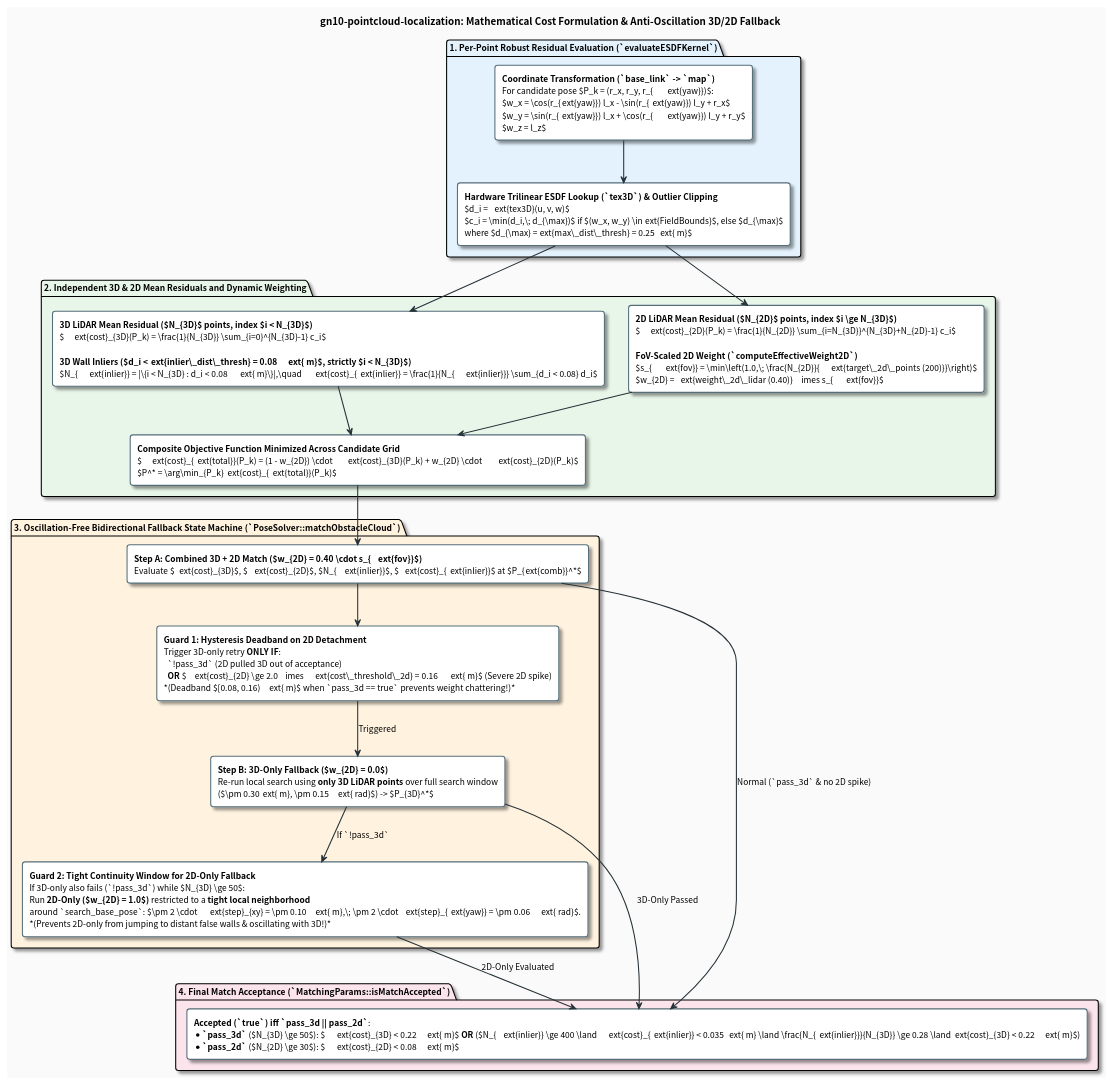
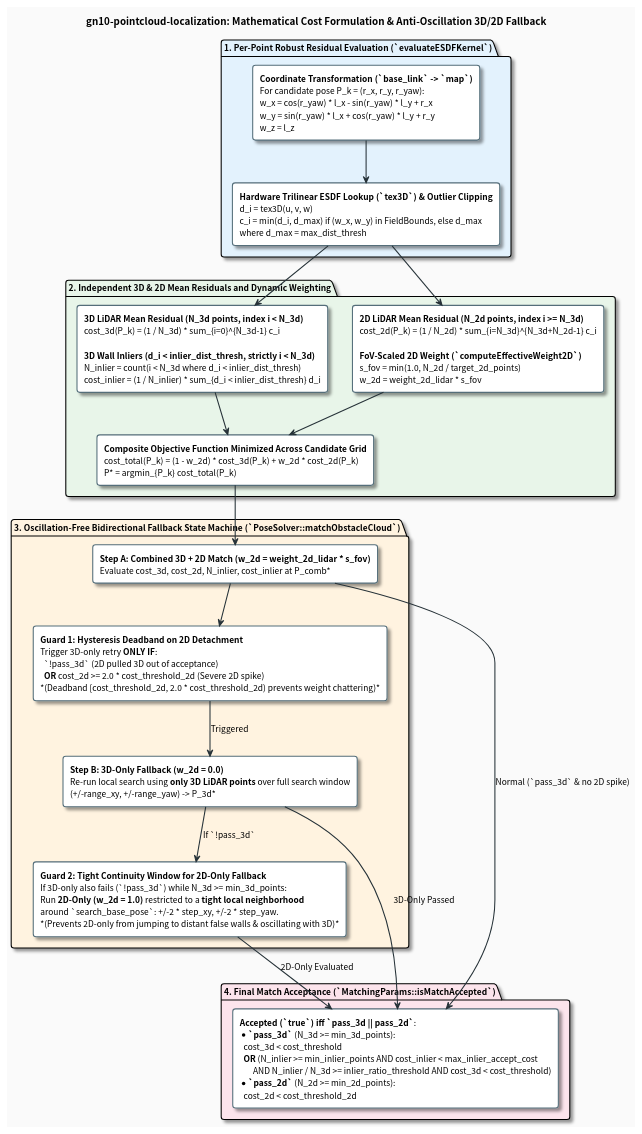
One commit to tmcit-ararobo-2026a/gn10-pointcloud-localization changed the diagram in docs/matching_cost_and_weighting.pu. Above: the diagram before and after it, drawn with PlantUML. The commit also changed 3 other files, not shown here.

```diff
--- a/docs/matching_cost_and_weighting.pu
+++ b/docs/matching_cost_and_weighting.pu
@@ -1,70 +1,70 @@
 @startuml matching_cost_and_weighting
 skinparam backgroundColor #FAFAFA
 skinparam defaultFontName "Roboto, Noto Sans CJK JP, sans-serif"
 skinparam defaultFontSize 12
 skinparam roundCorner 8
 skinparam shadowing true
 skinparam ArrowColor #263238
 skinparam ArrowThickness 1.5
 
 skinparam rectangle {
     BackgroundColor #FFFFFF
     BorderColor #546E7A
     BorderThickness 1.5
 }
 
 skinparam note {
     BackgroundColor #FFF8E1
     BorderColor #FFB300
     FontColor #263238
 }
 
 title **gn10-pointcloud-localization: Mathematical Cost Formulation & Anti-Oscillation 3D/2D Fallback**
 
 package "1. Per-Point Robust Residual Evaluation (`evaluateESDFKernel`)" #E3F2FD {
-    rectangle "**Coordinate Transformation (`base_link` -> `map`)**\nFor candidate pose $P_k = (r_x, r_y, r_{\\text{yaw}})$:\n$w_x = \\cos(r_{\\text{yaw}}) l_x - \\sin(r_{\\text{yaw}}) l_y + r_x$\n$w_y = \\sin(r_{\\text{yaw}}) l_x + \\cos(r_{\\text{yaw}}) l_y + r_y$\n$w_z = l_z$" as TF_EQ
+    rectangle "**Coordinate Transformation (`base_link` -> `map`)**\nFor candidate pose P_k = (r_x, r_y, r_yaw):\nw_x = cos(r_yaw) * l_x - sin(r_yaw) * l_y + r_x\nw_y = sin(r_yaw) * l_x + cos(r_yaw) * l_y + r_y\nw_z = l_z" as TF_EQ
 
-    rectangle "**Hardware Trilinear ESDF Lookup (`tex3D`) & Outlier Clipping**\n$d_i = \\text{tex3D}(u, v, w)$\n$c_i = \\min(d_i,\\; d_{\\max})$ if $(w_x, w_y) \\in \\text{FieldBounds}$, else $d_{\\max}$\nwhere $d_{\\max} = \\text{max\\_dist\\_thresh} = 0.25\\text{ m}$" as CLIP_EQ
+    rectangle "**Hardware Trilinear ESDF Lookup (`tex3D`) & Outlier Clipping**\nd_i = tex3D(u, v, w)\nc_i = min(d_i, d_max) if (w_x, w_y) in FieldBounds, else d_max\nwhere d_max = max_dist_thresh" as CLIP_EQ
 
     TF_EQ -down-> CLIP_EQ
 }
 
 package "2. Independent 3D & 2D Mean Residuals and Dynamic Weighting" #E8F5E9 {
-    rectangle "**3D LiDAR Mean Residual ($N_{3D}$ points, index $i < N_{3D}$)**\n$\\text{cost}_{3D}(P_k) = \\frac{1}{N_{3D}} \\sum_{i=0}^{N_{3D}-1} c_i$\n\n**3D Wall Inliers ($d_i < \\text{inlier\\_dist\\_thresh} = 0.08\\text{ m}$, strictly $i < N_{3D}$)**\n$N_{\\text{inlier}} = |\\{i < N_{3D} : d_i < 0.08\\text{ m}\\}|,\\quad \\text{cost}_{\\text{inlier}} = \\frac{1}{N_{\\text{inlier}}} \\sum_{d_i < 0.08} d_i$" as COST_3D
+    rectangle "**3D LiDAR Mean Residual (N_3d points, index i < N_3d)**\ncost_3d(P_k) = (1 / N_3d) * sum_{i=0}^{N_3d-1} c_i\n\n**3D Wall Inliers (d_i < inlier_dist_thresh, strictly i < N_3d)**\nN_inlier = count(i < N_3d where d_i < inlier_dist_thresh)\ncost_inlier = (1 / N_inlier) * sum_{d_i < inlier_dist_thresh} d_i" as COST_3D
 
-    rectangle "**2D LiDAR Mean Residual ($N_{2D}$ points, index $i \\ge N_{3D}$)**\n$\\text{cost}_{2D}(P_k) = \\frac{1}{N_{2D}} \\sum_{i=N_{3D}}^{N_{3D}+N_{2D}-1} c_i$\n\n**FoV-Scaled 2D Weight (`computeEffectiveWeight2D`)**\n$s_{\\text{fov}} = \\min\\left(1.0,\\; \\frac{N_{2D}}{\\text{target\\_2d\\_points (200)}}\\right)$\n$w_{2D} = \\text{weight\\_2d\\_lidar (0.40)} \\times s_{\\text{fov}}$" as COST_2D
+    rectangle "**2D LiDAR Mean Residual (N_2d points, index i >= N_3d)**\ncost_2d(P_k) = (1 / N_2d) * sum_{i=N_3d}^{N_3d+N_2d-1} c_i\n\n**FoV-Scaled 2D Weight (`computeEffectiveWeight2D`)**\ns_fov = min(1.0, N_2d / target_2d_points)\nw_2d = weight_2d_lidar * s_fov" as COST_2D
 
-    rectangle "**Composite Objective Function Minimized Across Candidate Grid**\n$\\text{cost}_{\\text{total}}(P_k) = (1 - w_{2D}) \\cdot \\text{cost}_{3D}(P_k) + w_{2D} \\cdot \\text{cost}_{2D}(P_k)$\n$P^* = \\arg\\min_{P_k} \\text{cost}_{\\text{total}}(P_k)$" as COMP_EQ
+    rectangle "**Composite Objective Function Minimized Across Candidate Grid**\ncost_total(P_k) = (1 - w_2d) * cost_3d(P_k) + w_2d * cost_2d(P_k)\nP* = argmin_{P_k} cost_total(P_k)" as COMP_EQ
 
     COST_3D -down-> COMP_EQ
     COST_2D -down-> COMP_EQ
 }
 
 CLIP_EQ -down-> COST_3D
 CLIP_EQ -down-> COST_2D
 
 package "3. Oscillation-Free Bidirectional Fallback State Machine (`PoseSolver::matchObstacleCloud`)" #FFF3E0 {
-    rectangle "**Step A: Combined 3D + 2D Match ($w_{2D} = 0.40 \\cdot s_{\\text{fov}}$)**\nEvaluate $\\text{cost}_{3D}$, $\\text{cost}_{2D}$, $N_{\\text{inlier}}$, $\\text{cost}_{\\text{inlier}}$ at $P_{\\text{comb}}^*$" as STEP_A
+    rectangle "**Step A: Combined 3D + 2D Match (w_2d = weight_2d_lidar * s_fov)**\nEvaluate cost_3d, cost_2d, N_inlier, cost_inlier at P_comb*" as STEP_A
 
-    rectangle "**Guard 1: Hysteresis Deadband on 2D Detachment**\nTrigger 3D-only retry **ONLY IF**:\n  `!pass_3d` (2D pulled 3D out of acceptance)\n  **OR** $\\text{cost}_{2D} \\ge 2.0 \\times \\text{cost\\_threshold\\_2d} = 0.16\\text{ m}$ (Severe 2D spike)\n*(Deadband $[0.08, 0.16)\\text{ m}$ when `pass_3d == true` prevents weight chattering!)*" as GUARD_1
+    rectangle "**Guard 1: Hysteresis Deadband on 2D Detachment**\nTrigger 3D-only retry **ONLY IF**:\n  `!pass_3d` (2D pulled 3D out of acceptance)\n  **OR** cost_2d >= 2.0 * cost_threshold_2d (Severe 2D spike)\n*(Deadband [cost_threshold_2d, 2.0 * cost_threshold_2d) prevents weight chattering)*" as GUARD_1
 
-    rectangle "**Step B: 3D-Only Fallback ($w_{2D} = 0.0$)**\nRe-run local search using **only 3D LiDAR points** over full search window\n($\\pm 0.30\\text{ m}, \\pm 0.15\\text{ rad}$) -> $P_{3D}^*$" as STEP_B
+    rectangle "**Step B: 3D-Only Fallback (w_2d = 0.0)**\nRe-run local search using **only 3D LiDAR points** over full search window\n(+/-range_xy, +/-range_yaw) -> P_3d*" as STEP_B
 
-    rectangle "**Guard 2: Tight Continuity Window for 2D-Only Fallback**\nIf 3D-only also fails (`!pass_3d`) while $N_{3D} \\ge 50$:\nRun **2D-Only ($w_{2D} = 1.0$)** restricted to a **tight local neighborhood**\naround `search_base_pose`: $\\pm 2 \\cdot \\text{step}_{xy} = \\pm 0.10\\text{ m},\\; \\pm 2 \\cdot \\text{step}_{\\text{yaw}} = \\pm 0.06\\text{ rad}$.\n*(Prevents 2D-only from jumping to distant false walls & oscillating with 3D!)*" as STEP_C
+    rectangle "**Guard 2: Tight Continuity Window for 2D-Only Fallback**\nIf 3D-only also fails (`!pass_3d`) while N_3d >= min_3d_points:\nRun **2D-Only (w_2d = 1.0)** restricted to a **tight local neighborhood**\naround `search_base_pose`: +/-2 * step_xy, +/-2 * step_yaw.\n*(Prevents 2D-only from jumping to distant false walls & oscillating with 3D)*" as STEP_C
 
     STEP_A -down-> GUARD_1
     GUARD_1 -down-> STEP_B : Triggered
     STEP_B -down-> STEP_C : If `!pass_3d`
 }
 
 COMP_EQ -down-> STEP_A
 
 package "4. Final Match Acceptance (`MatchingParams::isMatchAccepted`)" #FCE4EC {
-    rectangle "**Accepted (`true`) iff `pass_3d || pass_2d`**:\n* **`pass_3d`** ($N_{3D} \\ge 50$): $\\text{cost}_{3D} < 0.22\\text{ m}$ **OR** ($N_{\\text{inlier}} \\ge 400 \\land \\text{cost}_{\\text{inlier}} < 0.035\\text{ m} \\land \\frac{N_{\\text{inlier}}}{N_{3D}} \\ge 0.28 \\land \\text{cost}_{3D} < 0.22\\text{ m}$)\n* **`pass_2d`** ($N_{2D} \\ge 30$): $\\text{cost}_{2D} < 0.08\\text{ m}$" as FINAL_ACCEPT
+    rectangle "**Accepted (`true`) iff `pass_3d || pass_2d`**:\n* **`pass_3d`** (N_3d >= min_3d_points):\n  cost_3d < cost_threshold\n  **OR** (N_inlier >= min_inlier_points AND cost_inlier < max_inlier_accept_cost\n       AND N_inlier / N_3d >= inlier_ratio_threshold AND cost_3d < cost_threshold)\n* **`pass_2d`** (N_2d >= min_2d_points):\n  cost_2d < cost_threshold_2d" as FINAL_ACCEPT
 }
 
 STEP_A -down-> FINAL_ACCEPT : Normal (`pass_3d` & no 2D spike)
 STEP_B -down-> FINAL_ACCEPT : 3D-Only Passed
 STEP_C -down-> FINAL_ACCEPT : 2D-Only Evaluated
 
 @enduml
```
